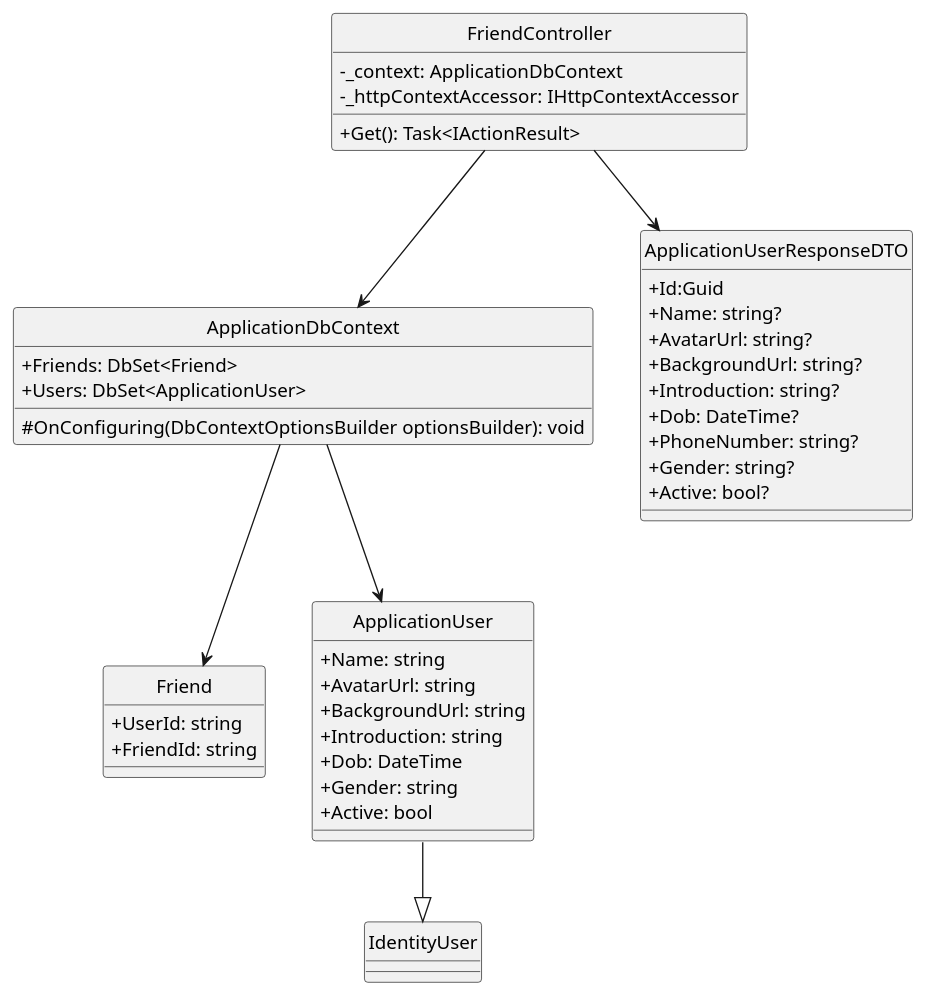
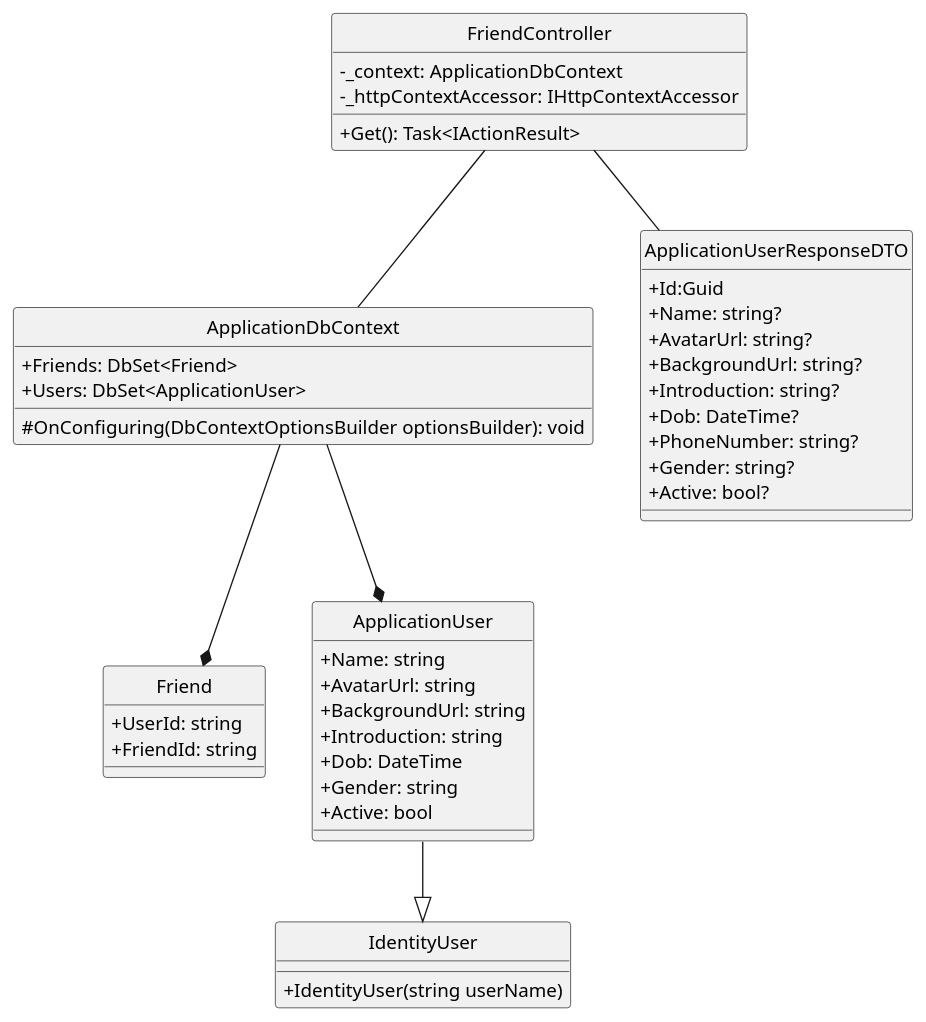
One commit to Carl-Johnsons/Chat-Application changed the diagram in docs/Class Diagram/Identity/GetFriendListByUserId/ClassDiagram.plantuml. Above: the diagram before and after it, drawn with PlantUML. The commit also changed 7 other files, not shown here.

```diff
--- a/docs/Class Diagram/Identity/GetFriendListByUserId/ClassDiagram.plantuml
+++ b/docs/Class Diagram/Identity/GetFriendListByUserId/ClassDiagram.plantuml
@@ -1,51 +1,53 @@
 @startuml getFriendListByUserId
 hide circle
 skinparam classAttributeIconSize 0
 
 class FriendController {
     - _context: ApplicationDbContext
     - _httpContextAccessor: IHttpContextAccessor
     + Get(): Task<IActionResult> 
 }
 
 class ApplicationDbContext {
     + Friends: DbSet<Friend>
     + Users: DbSet<ApplicationUser>
     # OnConfiguring(DbContextOptionsBuilder optionsBuilder): void
 }
 
 class Friend{
     + UserId: string
     + FriendId: string
 }
 
 class ApplicationUserResponseDTO{
     + Id:Guid
     + Name: string?
     + AvatarUrl: string?
     + BackgroundUrl: string?
     + Introduction: string?
     + Dob: DateTime?
     + PhoneNumber: string?
     + Gender: string?
     + Active: bool?    
 }
 
 class ApplicationUser {
     + Name: string
     + AvatarUrl: string
     + BackgroundUrl: string
     + Introduction: string
     + Dob: DateTime
     + Gender: string
     + Active: bool
 }
 
-class IdentityUser
+class IdentityUser {
+    + IdentityUser(string userName) 
+}
 
-FriendController --> ApplicationDbContext
-FriendController --> ApplicationUserResponseDTO
-ApplicationDbContext --> Friend
-ApplicationDbContext --> ApplicationUser
+FriendController -- ApplicationDbContext
+FriendController -- ApplicationUserResponseDTO
+ApplicationDbContext --* Friend
+ApplicationDbContext --* ApplicationUser
 ApplicationUser --|> IdentityUser
 @enduml
```
